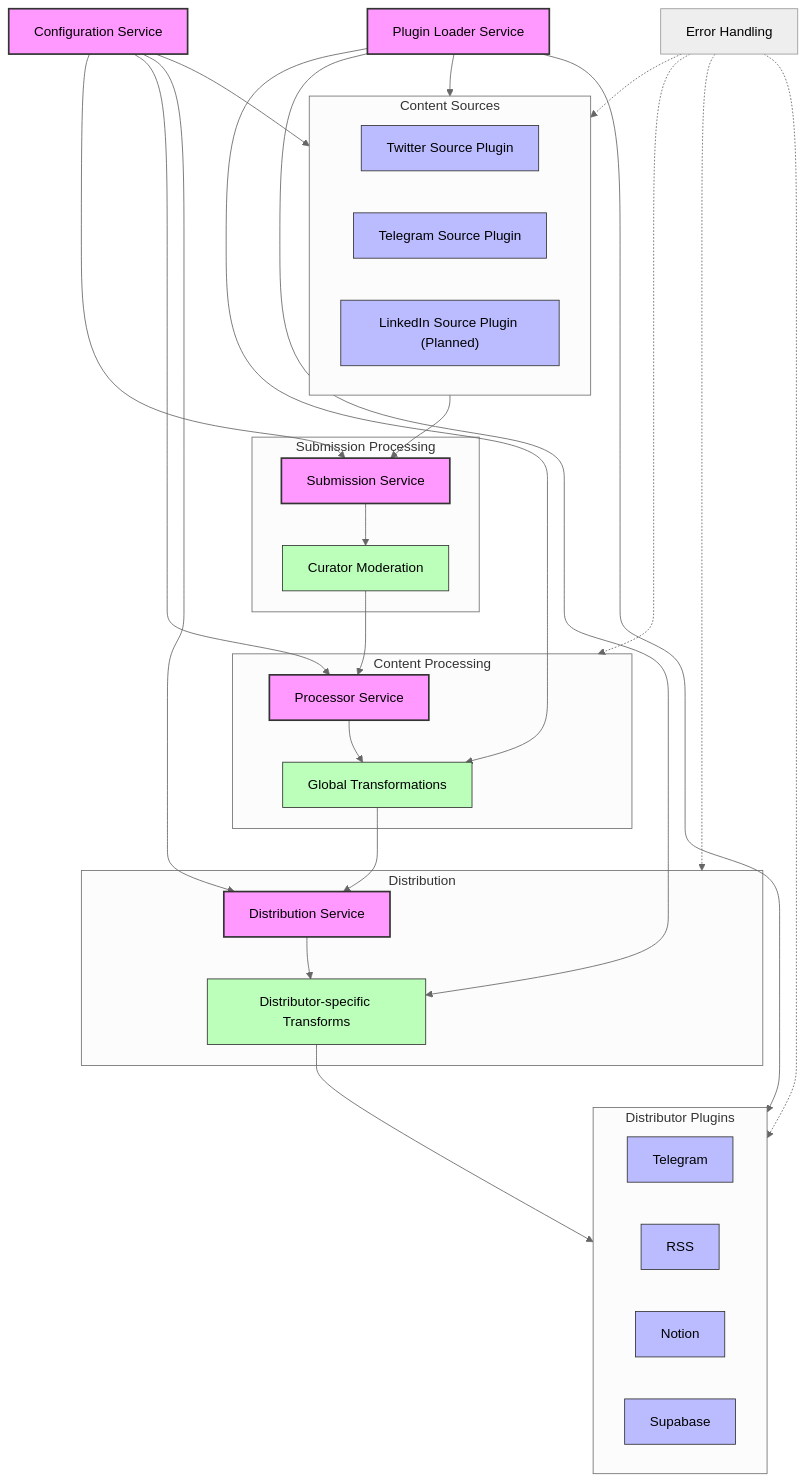
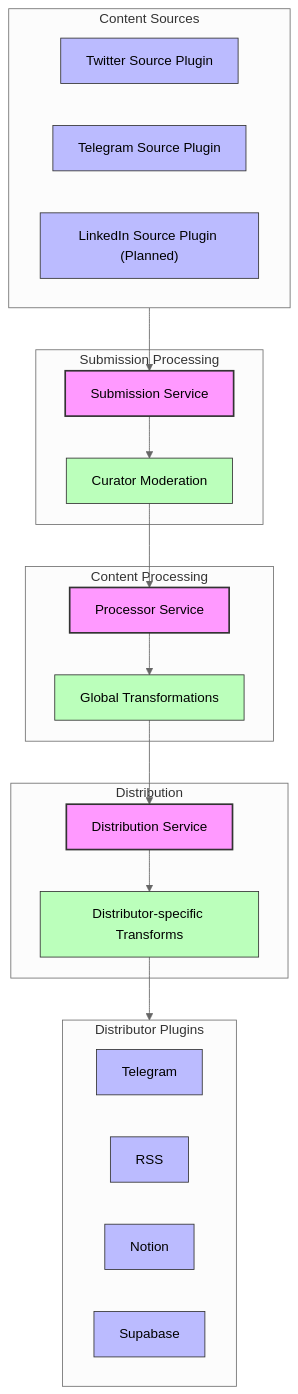
The diagram in README.md (PotLock/curatedotfun), drawn with Mermaid (neutral theme) before and after one commit. The commit also changed other lines of this file, not shown here.

````diff
--- a/README.md
+++ b/README.md
@@ -64,71 +78,66 @@
 ```mermaid
 graph TD
     %% Content Sources
     subgraph Sources["Content Sources"]
         Twitter["Twitter Source Plugin"]
         Telegram["Telegram Source Plugin"]
         LinkedIn["LinkedIn Source Plugin (Planned)"]
+        style Twitter color:black
+        style Telegram color:black
+        style LinkedIn color:black
     end
     
     %% Submission Processing
     subgraph Submission["Submission Processing"]
         SubmissionService["Submission Service"]
         Moderation["Curator Moderation"]
+        style SubmissionService color:black
+        style Moderation color:black
     end
     
     %% Content Processing
     subgraph Processing["Content Processing"]
         ProcessorService["Processor Service"]
         GlobalTransform["Global Transformations"]
+        style ProcessorService color:black
+        style GlobalTransform color:black
     end
     
     %% Distribution
     subgraph Distribution["Distribution"]
         DistributionService["Distribution Service"]
         DistTransform["Distributor-specific Transforms"]
+        style DistributionService color:black
+        style DistTransform color:black
     end
     
     %% Distributor Plugins
     subgraph Distributors["Distributor Plugins"]
         TelegramDist["Telegram"]
         RSS["RSS"]
         Notion["Notion"]
         Supabase["Supabase"]
+        style TelegramDist color:black
+        style RSS color:black
+        style Notion color:black
+        style Supabase color:black
     end
     
     %% Flow connections
     Sources --> SubmissionService
     SubmissionService --> Moderation
     Moderation --> ProcessorService
     ProcessorService --> GlobalTransform
     GlobalTransform --> DistributionService
     DistributionService --> DistTransform
     DistTransform --> Distributors
     
-    %% Configuration
-    Config["Configuration Service"] --> Sources
-    Config --> SubmissionService
-    Config --> ProcessorService
-    Config --> DistributionService
-    
-    %% Plugin System
-    PluginLoader["Plugin Loader Service"] --> Sources
-    PluginLoader --> GlobalTransform
-    PluginLoader --> DistTransform
-    PluginLoader --> Distributors
-    
-    %% Error Handling
-    ErrorHandling["Error Handling"] -.-> Sources
-    ErrorHandling -.-> Processing
-    ErrorHandling -.-> Distribution
-    ErrorHandling -.-> Distributors
-    
     %% Styling
     classDef service fill:#f9f,stroke:#333,stroke-width:2px
     classDef plugin fill:#bbf,stroke:#333,stroke-width:1px
     classDef process fill:#bfb,stroke:#333,stroke-width:1px
     
-    class SubmissionService,ProcessorService,DistributionService,Config,PluginLoader service
+    class SubmissionService,ProcessorService,DistributionService service
     class Twitter,Telegram,LinkedIn,TelegramDist,RSS,Notion,Supabase plugin
     class Moderation,GlobalTransform,DistTransform process
 ```
````
